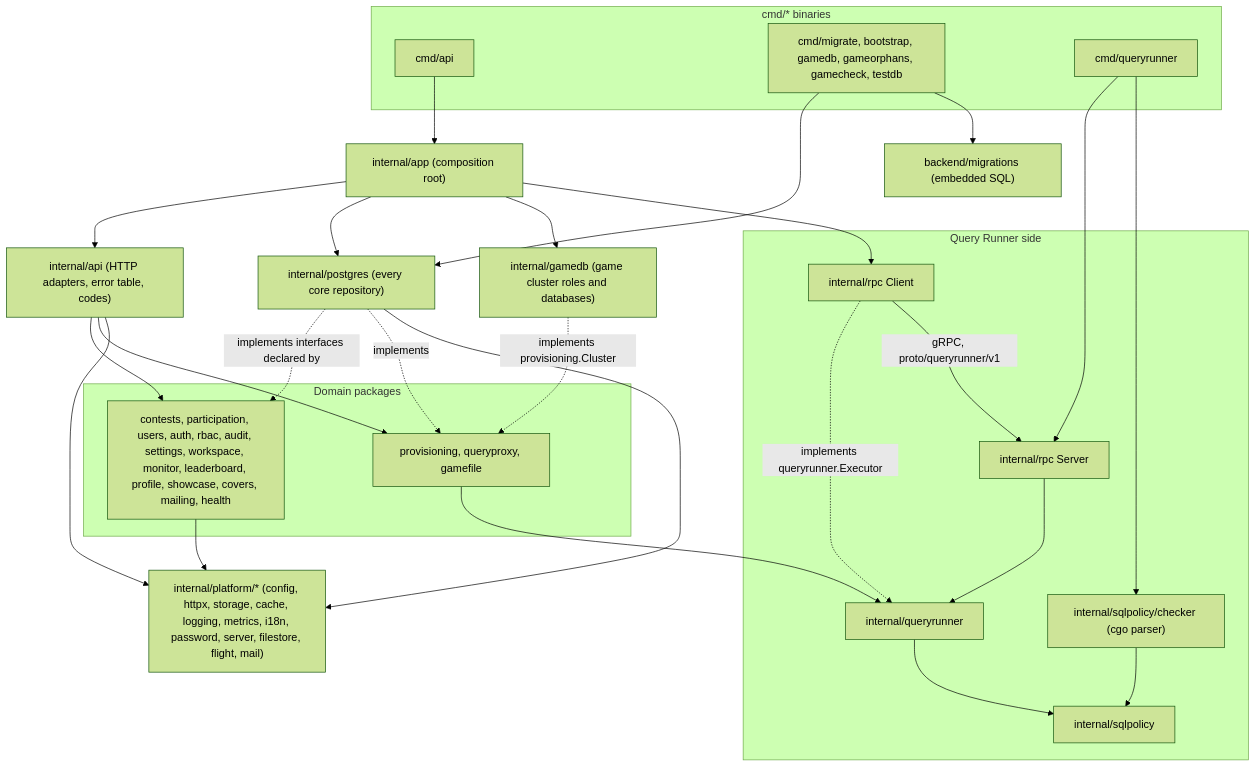
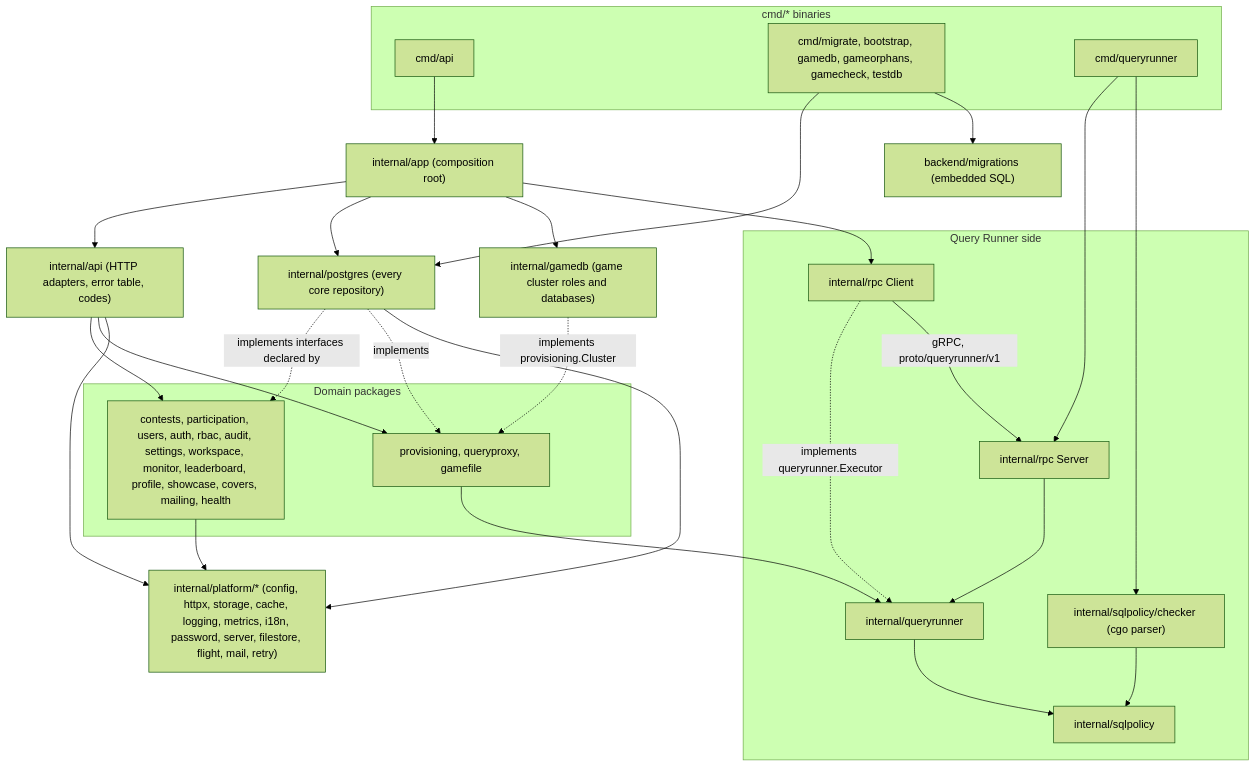
The diagram in docs/guide/04-backend.md (devrdn/olymp-db-platform), drawn with Mermaid (forest theme) before and after one commit. The commit also changed other lines of this file, not shown here.

Commit message:
docs(guide): show how a route declares its request budget and its retry wait

````diff
--- a/docs/guide/04-backend.md
+++ b/docs/guide/04-backend.md
@@ -38,54 +38,54 @@
 ```mermaid
 flowchart TB
   subgraph bins["cmd/* binaries"]
     cmdapi["cmd/api"]
     cmdjobs["cmd/migrate, bootstrap, gamedb, gameorphans, gamecheck, testdb"]
     cmdqr["cmd/queryrunner"]
   end
 
   app["internal/app (composition root)"]
   api["internal/api (HTTP adapters, error table, codes)"]
 
   subgraph domain["Domain packages"]
     dom["contests, participation, users, auth, rbac, audit, settings, workspace, monitor, leaderboard, profile, showcase, covers, mailing, health"]
     game["provisioning, queryproxy, gamefile"]
   end
 
   pg["internal/postgres (every core repository)"]
   gamedb["internal/gamedb (game cluster roles and databases)"]
   mig["backend/migrations (embedded SQL)"]
 
   subgraph runner["Query Runner side"]
     client["internal/rpc Client"]
     server["internal/rpc Server"]
     qr["internal/queryrunner"]
     sp["internal/sqlpolicy"]
     chk["internal/sqlpolicy/checker (cgo parser)"]
   end
 
-  platform["internal/platform/* (config, httpx, storage, cache, logging, metrics, i18n, password, server, filestore, flight, mail)"]
+  platform["internal/platform/* (config, httpx, storage, cache, logging, metrics, i18n, password, server, filestore, flight, mail, retry)"]
 
   cmdapi --> app
   app --> api
   app --> pg
   app --> gamedb
   app --> client
   api --> dom
   api --> game
   pg -.->|"implements interfaces declared by"| dom
   pg -.->|"implements"| game
   gamedb -.->|"implements provisioning.Cluster"| game
   game --> qr
   client -.->|"implements queryrunner.Executor"| qr
   client -->|"gRPC, proto/queryrunner/v1"| server
   cmdqr --> server
   cmdqr --> chk
   server --> qr
   qr --> sp
   chk --> sp
   cmdjobs --> pg
   cmdjobs --> mig
   dom --> platform
   api --> platform
   pg --> platform
 ```
````
